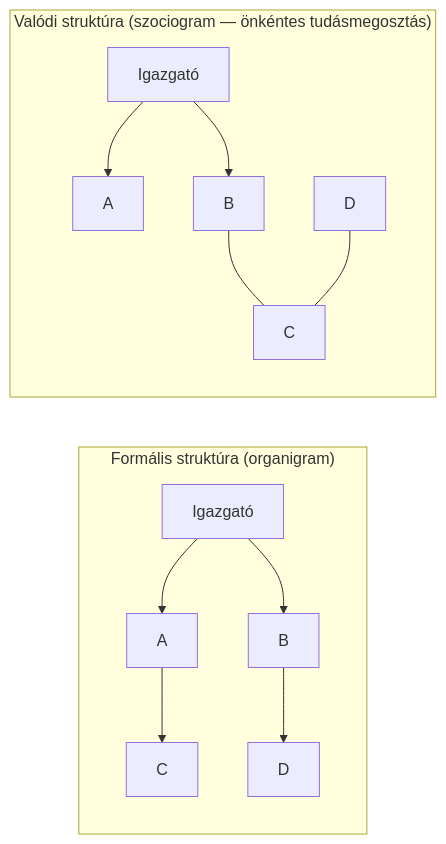
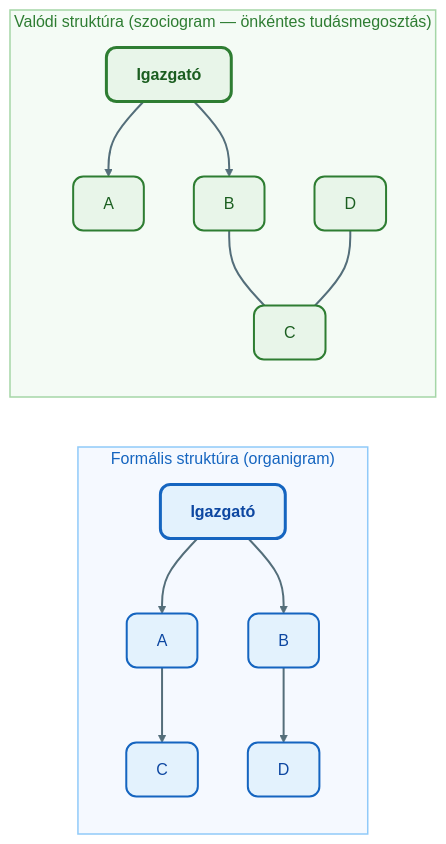
Before and after one commit to denespocsik/MM_BSC_Zarovizsga: the third of 3 diagrams in Tételek/V16-GMXVU2MBLF-Vállalat komplex hálózati modellje.tétel.md, drawn with Mermaid. The commit also changed other lines of this file and 34 other files, not shown here.

First line of the commit message:
style(tételek): egységes vizuális arculat a Mermaid-diagramokhoz

````diff
--- a/Tételek/V16-GMXVU2MBLF-Vállalat komplex hálózati modellje.tétel.md
+++ b/Tételek/V16-GMXVU2MBLF-Vállalat komplex hálózati modellje.tétel.md
@@ -90,23 +107,33 @@
 ```mermaid
 flowchart LR
     subgraph FORM["Formális struktúra (organigram)"]
         direction TB
-        IG1["Igazgató"]
-        FA["A"] & FB["B"]
-        FC["C"]
-        FD["D"]
+        IG1["<b>Igazgató</b>"]:::kekH
+        FA["A"]:::kek & FB["B"]:::kek
+        FC["C"]:::kek
+        FD["D"]:::kek
         IG1 --> FA & FB
         FA --> FC
         FB --> FD
     end
     subgraph VAL["Valódi struktúra (szociogram — önkéntes tudásmegosztás)"]
         direction TB
-        IG2["Igazgató"]
-        VA["A"] & VB["B"]
-        VC["C"]
-        VD["D"]
+        IG2["<b>Igazgató</b>"]:::zoldH
+        VA["A"]:::zold & VB["B"]:::zold
+        VC["C"]:::zold
+        VD["D"]:::zold
         IG2 --> VA & VB
         VB --- VC
         VD --- VC
     end
+
+    classDef kek   fill:#e3f2fd,stroke:#1565c0,stroke-width:2px,color:#0d47a1,rx:10,ry:10;
+    classDef kekH  fill:#e3f2fd,stroke:#1565c0,stroke-width:3px,color:#0d47a1,rx:10,ry:10;
+    classDef zold  fill:#e8f5e9,stroke:#2e7d32,stroke-width:2px,color:#1b5e20,rx:10,ry:10;
+    classDef zoldH fill:#e8f5e9,stroke:#2e7d32,stroke-width:3px,color:#1b5e20,rx:10,ry:10;
+
+    style FORM fill:#f5f9ff,stroke:#90caf9,stroke-width:1.5px,color:#1565c0;
+    style VAL  fill:#f4fbf5,stroke:#a5d6a7,stroke-width:1.5px,color:#2e7d32;
+
+    linkStyle default stroke:#546e7a,stroke-width:2px;
 ```
````
